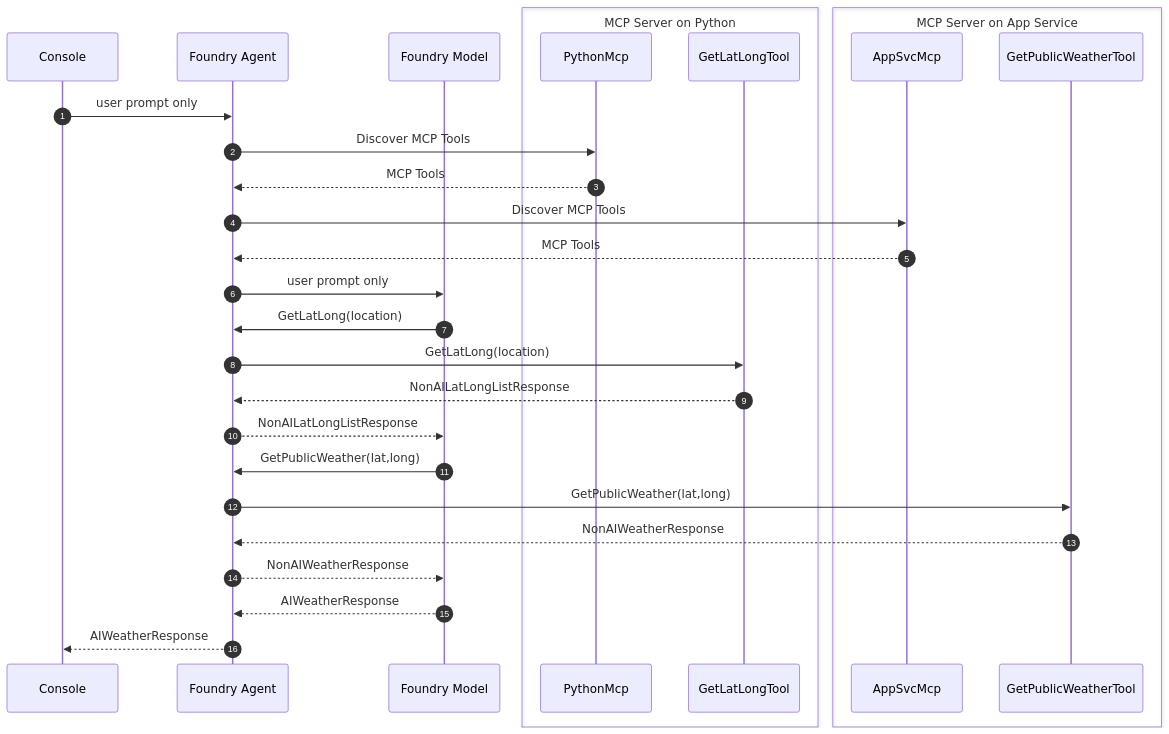
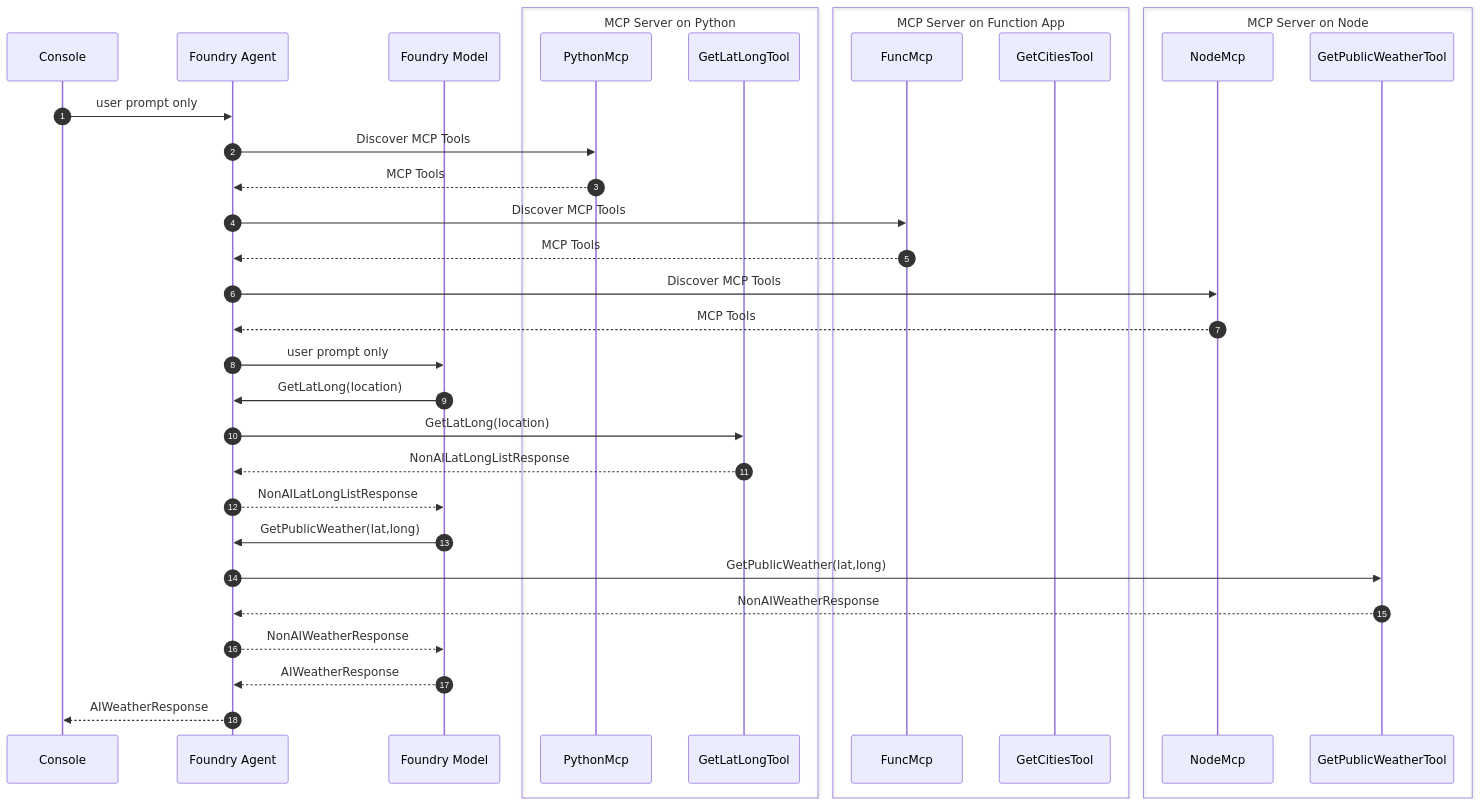
The eighth of 8 diagrams in docs/4-demystifying-foundry-agents-mcp/demystifying-foundry-agents-mcp.md (dustinkorzaan/weather-1116), drawn with Mermaid before and after one commit. The commit also changed other lines of this file and 2 other files, not shown here.

First line of the commit message:
docs: fix stale MCP host references after the geo tool swap

````diff
--- a/docs/4-demystifying-foundry-agents-mcp/demystifying-foundry-agents-mcp.md
+++ b/docs/4-demystifying-foundry-agents-mcp/demystifying-foundry-agents-mcp.md
@@ -244,32 +256,38 @@
   ```mermaid
   sequenceDiagram
       autonumber
       participant Console
       participant Agent as Foundry Agent
       participant Model as Foundry Model
       box MCP Server on Python
           participant PythonMcp
           participant GetLatLongTool
       end
-      box MCP Server on App Service
-          participant AppSvcMcp
+      box MCP Server on Function App
+          participant FuncMcp
+          participant GetCitiesTool
+      end
+      box MCP Server on Node
+          participant NodeMcp
           participant GetPublicWeatherTool
       end
 
       Console->>Agent: user prompt only
       Agent->>PythonMcp: Discover MCP Tools
       PythonMcp-->>Agent: MCP Tools
-      Agent->>AppSvcMcp: Discover MCP Tools
-      AppSvcMcp-->>Agent: MCP Tools
+      Agent->>FuncMcp: Discover MCP Tools
+      FuncMcp-->>Agent: MCP Tools
+      Agent->>NodeMcp: Discover MCP Tools
+      NodeMcp-->>Agent: MCP Tools
       Agent->>Model: user prompt only
       Model->>Agent: GetLatLong(location)
       Agent->>GetLatLongTool: GetLatLong(location)
       GetLatLongTool-->>Agent: NonAILatLongListResponse
       Agent-->>Model: NonAILatLongListResponse
       Model->>Agent: GetPublicWeather(lat,long)
       Agent->>GetPublicWeatherTool: GetPublicWeather(lat,long)
       GetPublicWeatherTool-->>Agent: NonAIWeatherResponse
       Agent-->>Model: NonAIWeatherResponse
       Model-->>Agent: AIWeatherResponse
       Agent-->>Console: AIWeatherResponse
   ```
````
